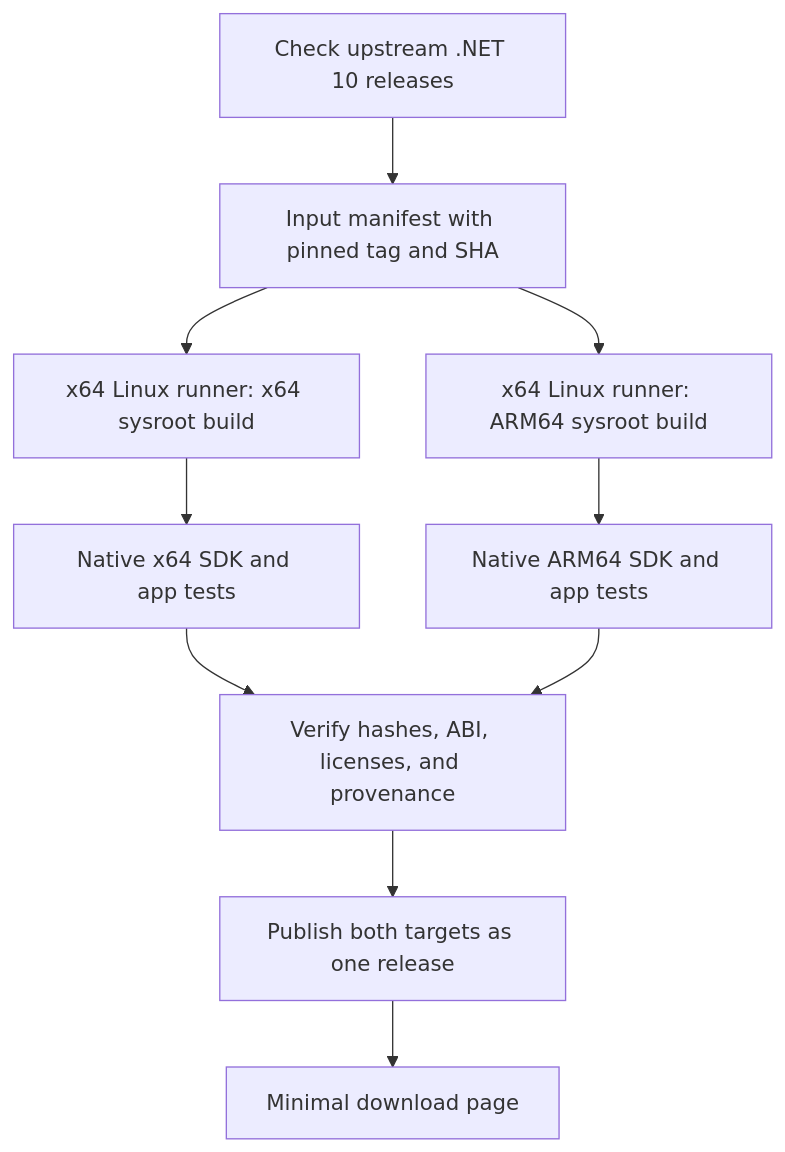
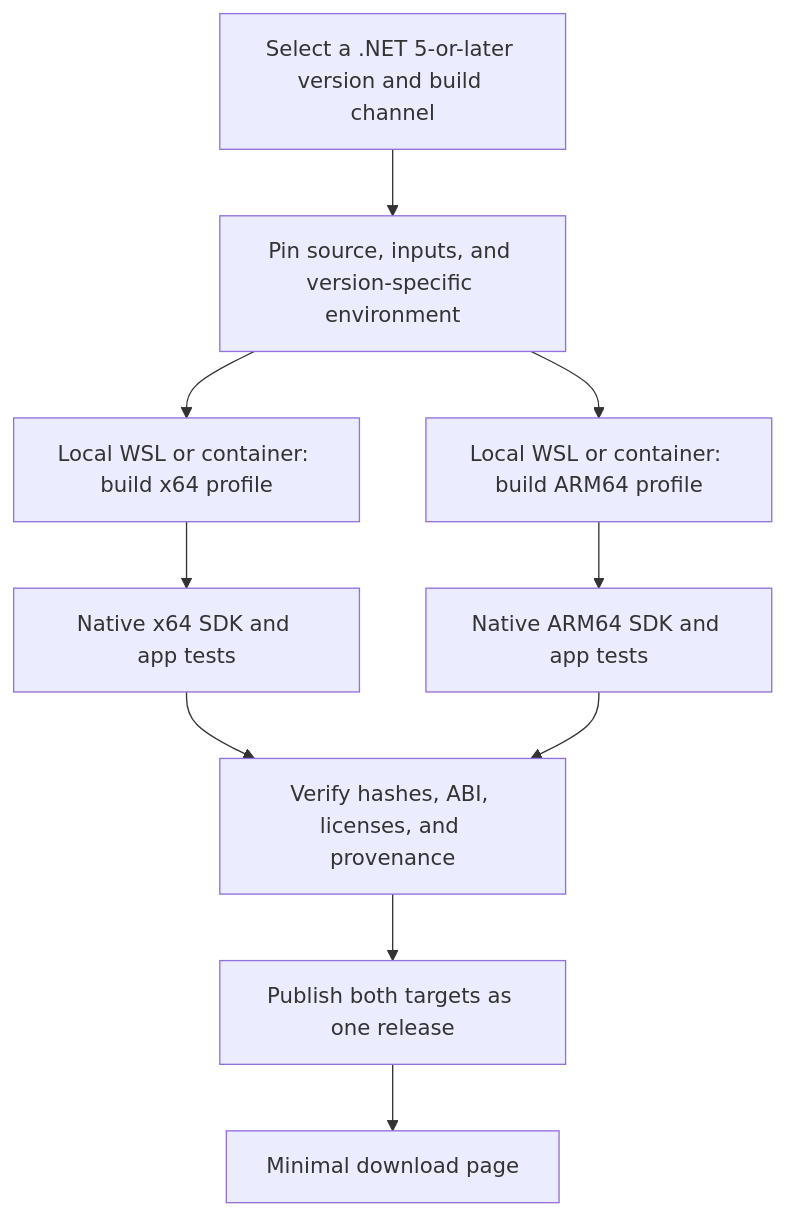
The diagram in docs/distribution-design.md (dotnetdev-kr/cbodotnet), drawn with Mermaid before and after one commit. The commit also changed other lines of this file and 199 other files, not shown here.

````diff
--- a/docs/distribution-design.md
+++ b/docs/distribution-design.md
@@ -7,12 +17,12 @@
 ```mermaid
 flowchart TD
-    A[Check upstream .NET 10 releases] --> B[Input manifest with pinned tag and SHA]
-    B --> C[x64 Linux runner: x64 sysroot build]
-    B --> D[x64 Linux runner: ARM64 sysroot build]
+    A[Select a .NET 5-or-later version and build channel] --> B[Pin source, inputs, and version-specific environment]
+    B --> C[Local WSL or container: build x64 profile]
+    B --> D[Local WSL or container: build ARM64 profile]
     C --> E[Native x64 SDK and app tests]
     D --> F[Native ARM64 SDK and app tests]
     E --> G[Verify hashes, ABI, licenses, and provenance]
     F --> G
     G --> H[Publish both targets as one release]
     H --> I[Minimal download page]
 ```
````
